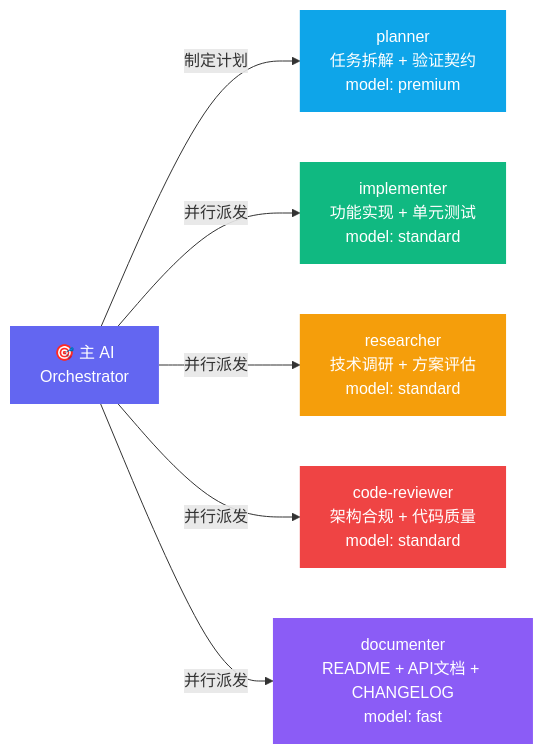
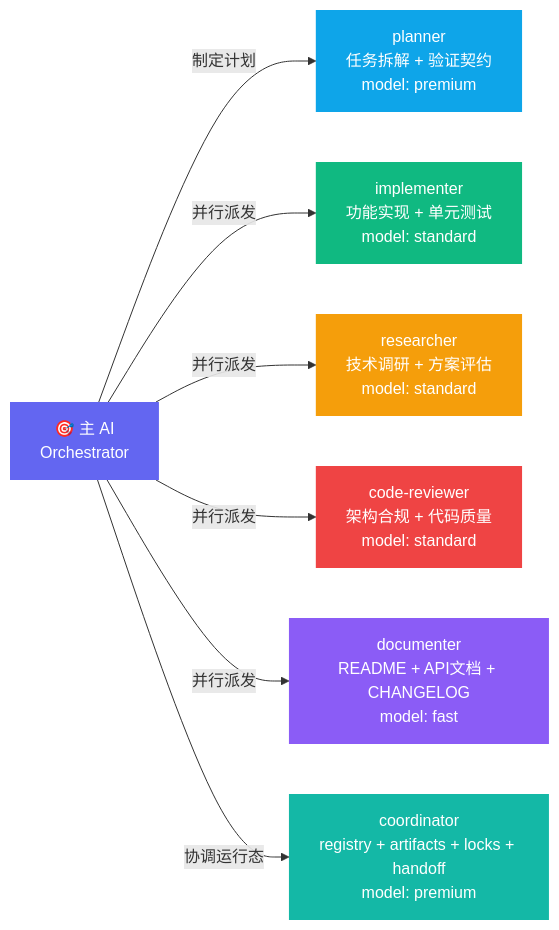
One commit to Kucell/cortex-agent changed the first of 2 diagrams in docs/sub-agents.md. Above: the diagram before and after it, drawn with Mermaid. The commit also changed other lines of this file and 52 other files, not shown here.

First line of the commit message:
feat(coordinator): ship T-C02~T-C05 — Registry, Artifact Bus, Progress Lock, coordinator sub-agent

````diff
--- a/docs/sub-agents.md
+++ b/docs/sub-agents.md
@@ -9,15 +9,17 @@
 ```mermaid
 graph LR
     O["🎯 主 AI<br>Orchestrator"] -->|制定计划| PL["planner<br>任务拆解 + 验证契约<br>model: premium"]
     O -->|并行派发| IM["implementer<br>功能实现 + 单元测试<br>model: standard"]
     O -->|并行派发| RS["researcher<br>技术调研 + 方案评估<br>model: standard"]
     O -->|并行派发| CR["code-reviewer<br>架构合规 + 代码质量<br>model: standard"]
     O -->|并行派发| DC["documenter<br>README + API文档 + CHANGELOG<br>model: fast"]
+    O -->|协调运行态| CO["coordinator<br>registry + artifacts + locks + handoff<br>model: premium"]
 
     style O fill:#6366f1,color:#fff,stroke:none
     style PL fill:#0ea5e9,color:#fff,stroke:none
     style IM fill:#10b981,color:#fff,stroke:none
     style RS fill:#f59e0b,color:#fff,stroke:none
     style CR fill:#ef4444,color:#fff,stroke:none
     style DC fill:#8b5cf6,color:#fff,stroke:none
+    style CO fill:#14b8a6,color:#fff,stroke:none
 ```
````
